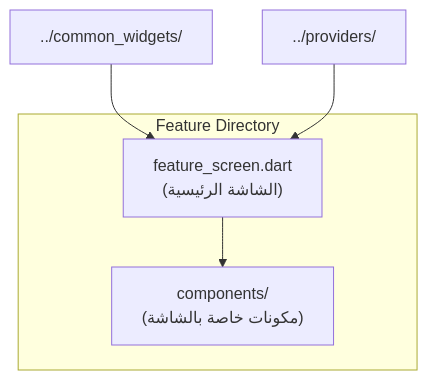
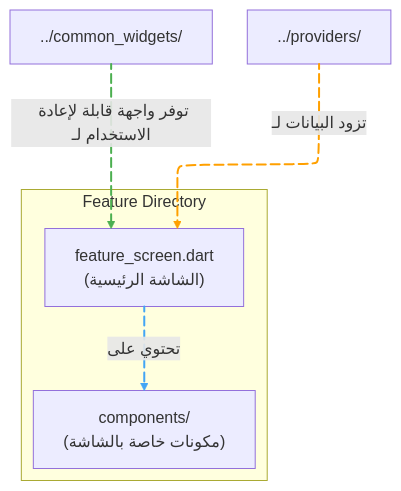
The first of 4 diagrams in lib/presentation/screens/README-ar.md (GeniusSystems24/genius_store), drawn with Mermaid before and after one commit. The commit also changed other lines of this file and 60 other files, not shown here.

Commit message:
- add animations to diagrams.

````diff
--- a/lib/presentation/screens/README-ar.md
+++ b/lib/presentation/screens/README-ar.md
@@ -33,11 +33,24 @@
 ```mermaid
+---
+config:
+  look: classic
+  layout: elk
+---
 flowchart TD
     subgraph Feature Directory
         FeatureScreen["feature_screen.dart\n(الشاشة الرئيسية)"]
         Components["components/\n(مكونات خاصة بالشاشة)"]
     end
     
-    FeatureScreen --> Components
-    CommonWidgets["../common_widgets/"] --> FeatureScreen
-    Providers["../providers/"] --> FeatureScreen
+    FeatureScreen L_FeatureScreen_Components_0@--> |تحتوي على| Components
+    CommonWidgets["../common_widgets/"] L_CommonWidgets_FeatureScreen_0@--> |توفر واجهة قابلة لإعادة الاستخدام لـ| FeatureScreen
+    Providers["../providers/"] L_Providers_FeatureScreen_0@--> |تزود البيانات لـ| FeatureScreen
+    
+    linkStyle 0 stroke:#42A5F5,fill:none,stroke-width:2px
+    linkStyle 1 stroke:#4CAF50,fill:none,stroke-width:2px
+    linkStyle 2 stroke:#FFA000,fill:none,stroke-width:2px
+    
+    L_FeatureScreen_Components_0@{ animation: fast }
+    L_CommonWidgets_FeatureScreen_0@{ animation: fast } 
+    L_Providers_FeatureScreen_0@{ animation: fast }
 ```
````
